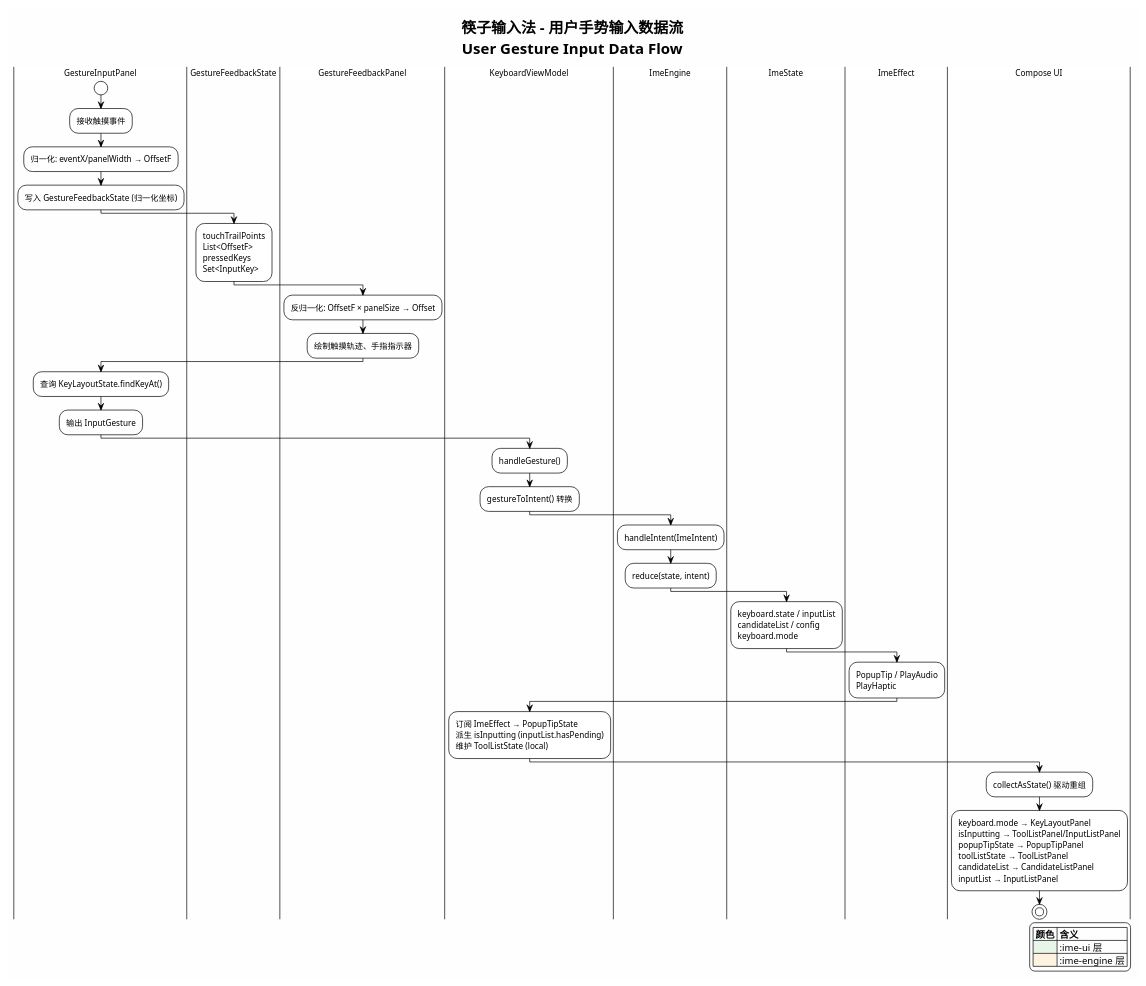
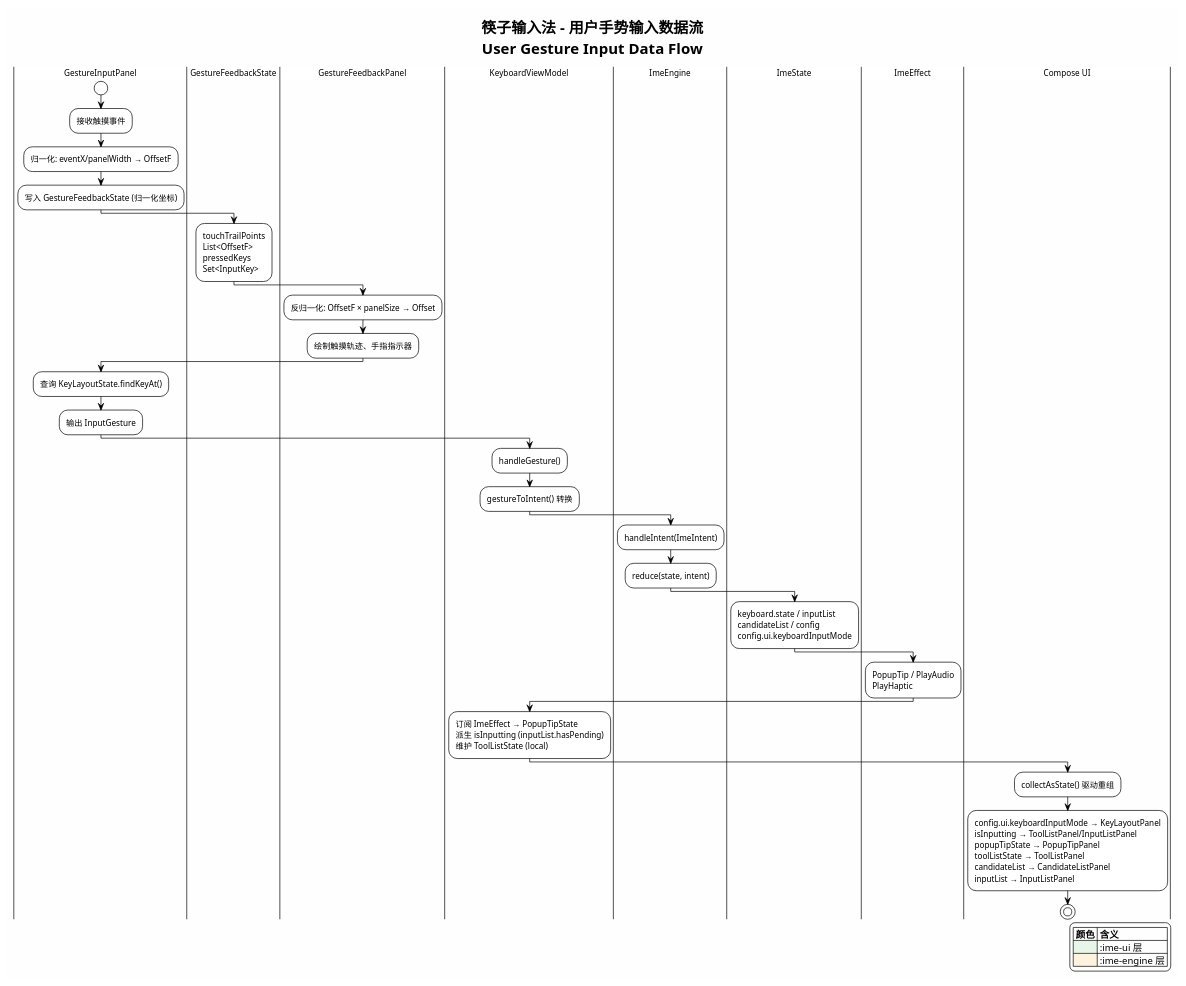
One commit to crazydan-studio/kuaizi-ime-android changed the diagram in docs/ai-agent/v4/design/diagrams/ui-gesture-input-data-flow.puml. Above: the diagram before and after it, drawn with PlantUML. The commit also changed 25 other files, not shown here.

```diff
--- a/docs/ai-agent/v4/design/diagrams/ui-gesture-input-data-flow.puml
+++ b/docs/ai-agent/v4/design/diagrams/ui-gesture-input-data-flow.puml
@@ -1,56 +1,56 @@
 @startuml ui-gesture-input-data-flow
 !theme plain
 skinparam backgroundColor #FEFEFE
 skinparam shadowing false
 skinparam defaultFontSize 12
 skinparam activityFontSize 12
 
 title 筷子输入法 - 用户手势输入数据流\nUser Gesture Input Data Flow
 
 |GestureInputPanel|
 start
 :接收触摸事件;
 :归一化: eventX/panelWidth → OffsetF;
 :写入 GestureFeedbackState (归一化坐标);
 
 |GestureFeedbackState|
 :touchTrailPoints\nList<OffsetF>\npressedKeys\nSet<InputKey>;
 
 |GestureFeedbackPanel|
 :反归一化: OffsetF × panelSize → Offset;
 :绘制触摸轨迹、手指指示器;
 
 |GestureInputPanel|
 :查询 KeyLayoutState.findKeyAt();
 :输出 InputGesture;
 
 |KeyboardViewModel|
 :handleGesture();
 :gestureToIntent() 转换;
 
 |ImeEngine|
 :handleIntent(ImeIntent);
 :reduce(state, intent);
 
 |ImeState|
-:keyboard.state / inputList\ncandidateList / config\nkeyboard.mode;
+:keyboard.state / inputList\ncandidateList / config\nconfig.ui.keyboardInputMode;
 
 |ImeEffect|
 :PopupTip / PlayAudio\nPlayHaptic;
 
 |KeyboardViewModel|
 :订阅 ImeEffect → PopupTipState\n派生 isInputting (inputList.hasPending)\n维护 ToolListState (local);
 
 |Compose UI|
 :collectAsState() 驱动重组;
-:keyboard.mode → KeyLayoutPanel\nisInputting → ToolListPanel/InputListPanel\npopupTipState → PopupTipPanel\ntoolListState → ToolListPanel\ncandidateList → CandidateListPanel\ninputList → InputListPanel;
+:config.ui.keyboardInputMode → KeyLayoutPanel\nisInputting → ToolListPanel/InputListPanel\npopupTipState → PopupTipPanel\ntoolListState → ToolListPanel\ncandidateList → CandidateListPanel\ninputList → InputListPanel;
 
 stop
 
 legend right
     |= 颜色 |= 含义 |
     |<#E8F5E9>| :ime-ui 层 |
     |<#FFF3E0>| :ime-engine 层 |
 endlegend
 
 @enduml
```
